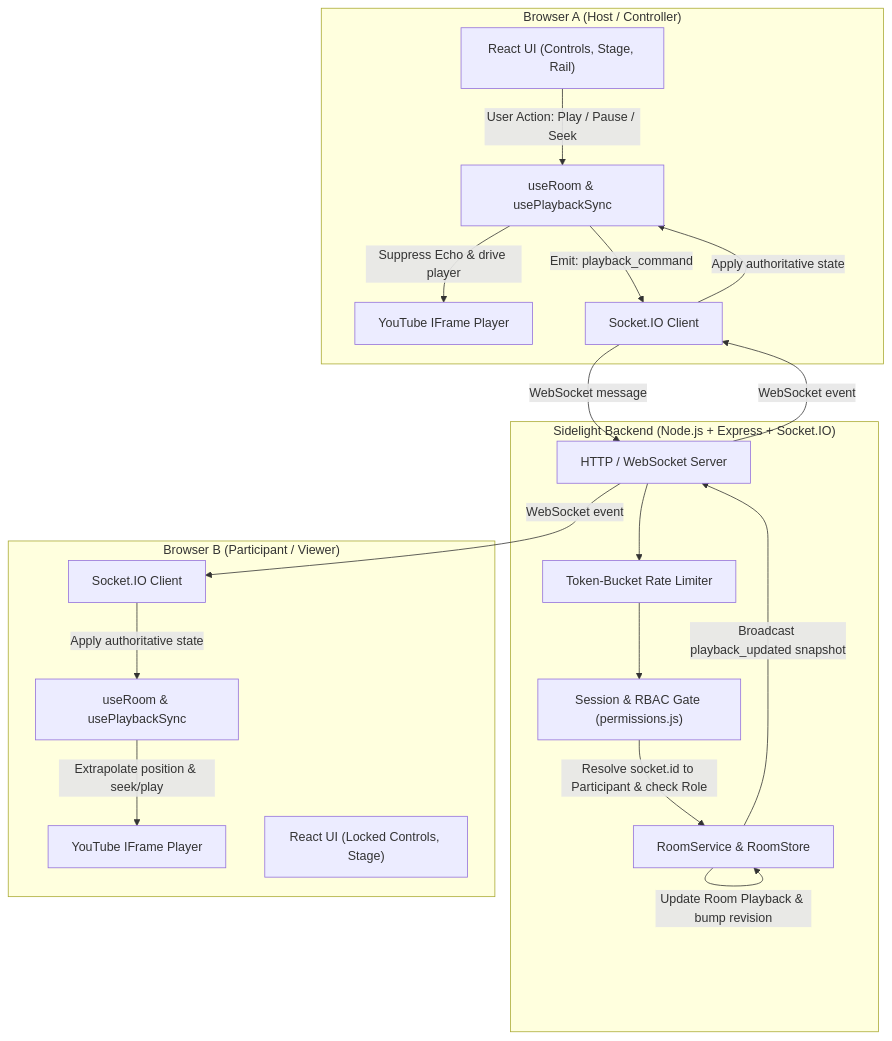
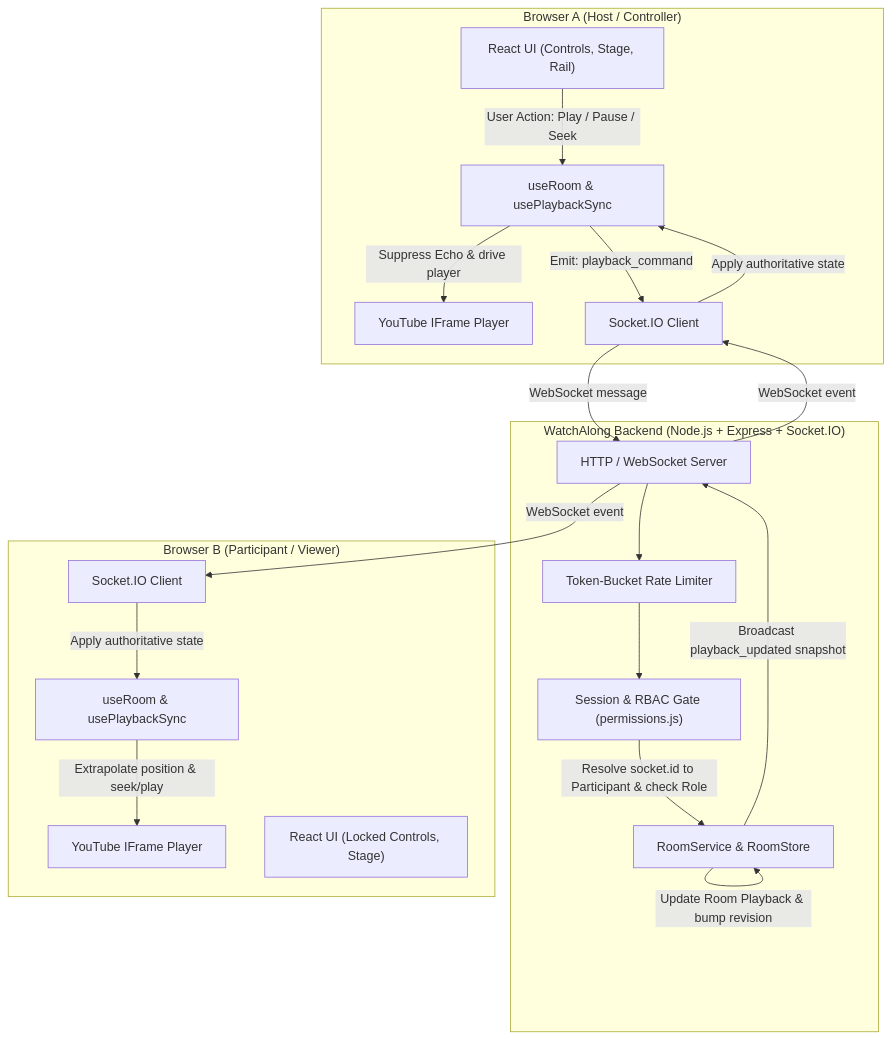
One commit to theprakharsaxena/YouTube-Watch-Party-Platform changed the diagram in ARCHITECTURE.md. Above: the diagram before and after it, drawn with Mermaid. The commit also changed other lines of this file and 27 other files, not shown here.

Commit message:
refactor: rebrand project from Sidelight to WatchAlong across documentation, storage keys, and configs

````diff
--- a/ARCHITECTURE.md
+++ b/ARCHITECTURE.md
@@ -9,40 +9,40 @@
 ```mermaid
 flowchart TD
     subgraph ClientA["Browser A (Host / Controller)"]
         UI_A["React UI (Controls, Stage, Rail)"]
         Hook_A["useRoom & usePlaybackSync"]
         YT_A["YouTube IFrame Player"]
         Sock_A["Socket.IO Client"]
     end
 
-    subgraph Backend["Sidelight Backend (Node.js + Express + Socket.IO)"]
+    subgraph Backend["WatchAlong Backend (Node.js + Express + Socket.IO)"]
         Server["HTTP / WebSocket Server"]
         AuthGate["Session & RBAC Gate (permissions.js)"]
         Service["RoomService & RoomStore"]
         RateLimiter["Token-Bucket Rate Limiter"]
     end
 
     subgraph ClientB["Browser B (Participant / Viewer)"]
         Sock_B["Socket.IO Client"]
         Hook_B["useRoom & usePlaybackSync"]
         YT_B["YouTube IFrame Player"]
         UI_B["React UI (Locked Controls, Stage)"]
     end
 
     UI_A -->|User Action: Play / Pause / Seek| Hook_A
     Hook_A -->|Emit: playback_command| Sock_A
     Sock_A -->|WebSocket message| Server
     Server --> RateLimiter
     RateLimiter --> AuthGate
     AuthGate -->|Resolve socket.id to Participant & check Role| Service
     Service -->|Update Room Playback & bump revision| Service
     Service -->|Broadcast playback_updated snapshot| Server
     Server -->|WebSocket event| Sock_A
     Server -->|WebSocket event| Sock_B
 
     Sock_A -->|Apply authoritative state| Hook_A
     Hook_A -->|Suppress Echo & drive player| YT_A
 
     Sock_B -->|Apply authoritative state| Hook_B
     Hook_B -->|Extrapolate position & seek/play| YT_B
 ```
````
